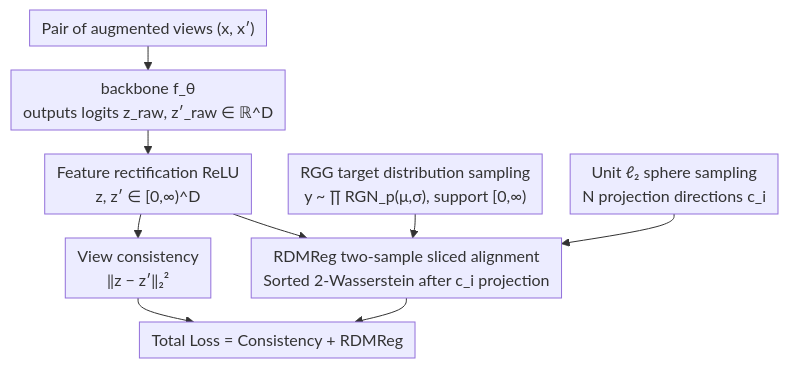
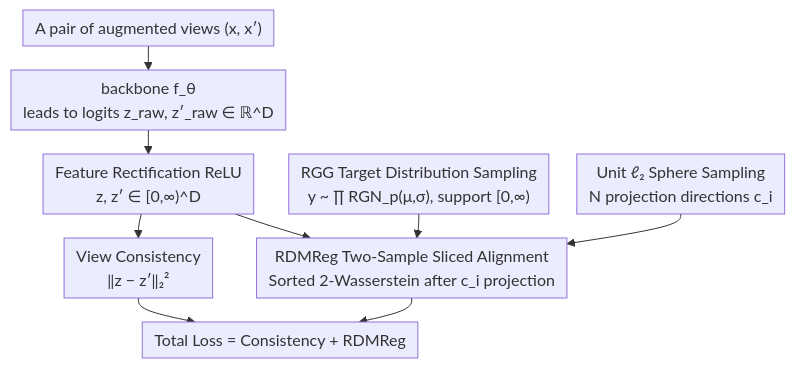
The diagram in docs/ICML2026/others/rectified_lpjepa_joint-embedding_predictive_architectures_with_sparse_and_maximu.md (zhaoyang97/Paper-Notes-en), drawn with Mermaid before and after one commit. The commit also changed other lines of this file and 5084 other files, not shown here.

````diff
--- a/docs/ICML2026/others/rectified_lpjepa_joint-embedding_predictive_architectures_with_sparse_and_maximu.md
+++ b/docs/ICML2026/others/rectified_lpjepa_joint-embedding_predictive_architectures_with_sparse_and_maximu.md
@@ -44,12 +44,12 @@
 ```mermaid
 %%{init: {'flowchart': {'rankSpacing': 24, 'nodeSpacing': 28, 'padding': 6, 'wrappingWidth': 400}}}%%
 flowchart TD
-    A["Pair of augmented views (x, x′)"] --> B["backbone f_θ<br/>outputs logits z_raw, z′_raw ∈ ℝ^D"]
-    B --> C["Feature rectification ReLU<br/>z, z′ ∈ [0,∞)^D"]
-    C --> D["View consistency<br/>‖z − z′‖₂²"]
-    E["RGG target distribution sampling<br/>y ~ ∏ RGN_p(μ,σ), support [0,∞)"] --> G
-    F["Unit ℓ₂ sphere sampling<br/>N projection directions c_i"] --> G
-    C --> G["RDMReg two-sample sliced alignment<br/>Sorted 2-Wasserstein after c_i projection"]
+    A["A pair of augmented views (x, x′)"] --> B["backbone f_θ<br/>leads to logits z_raw, z′_raw ∈ ℝ^D"]
+    B --> C["Feature Rectification ReLU<br/>z, z′ ∈ [0,∞)^D"]
+    C --> D["View Consistency<br/>‖z − z′‖₂²"]
+    E["RGG Target Distribution Sampling<br/>y ~ ∏ RGN_p(μ,σ), support [0,∞)"] --> G
+    F["Unit ℓ₂ Sphere Sampling<br/>N projection directions c_i"] --> G
+    C --> G["RDMReg Two-Sample Sliced Alignment<br/>Sorted 2-Wasserstein after c_i projection"]
     D --> H["Total Loss = Consistency + RDMReg"]
     G --> H
 ```
````
